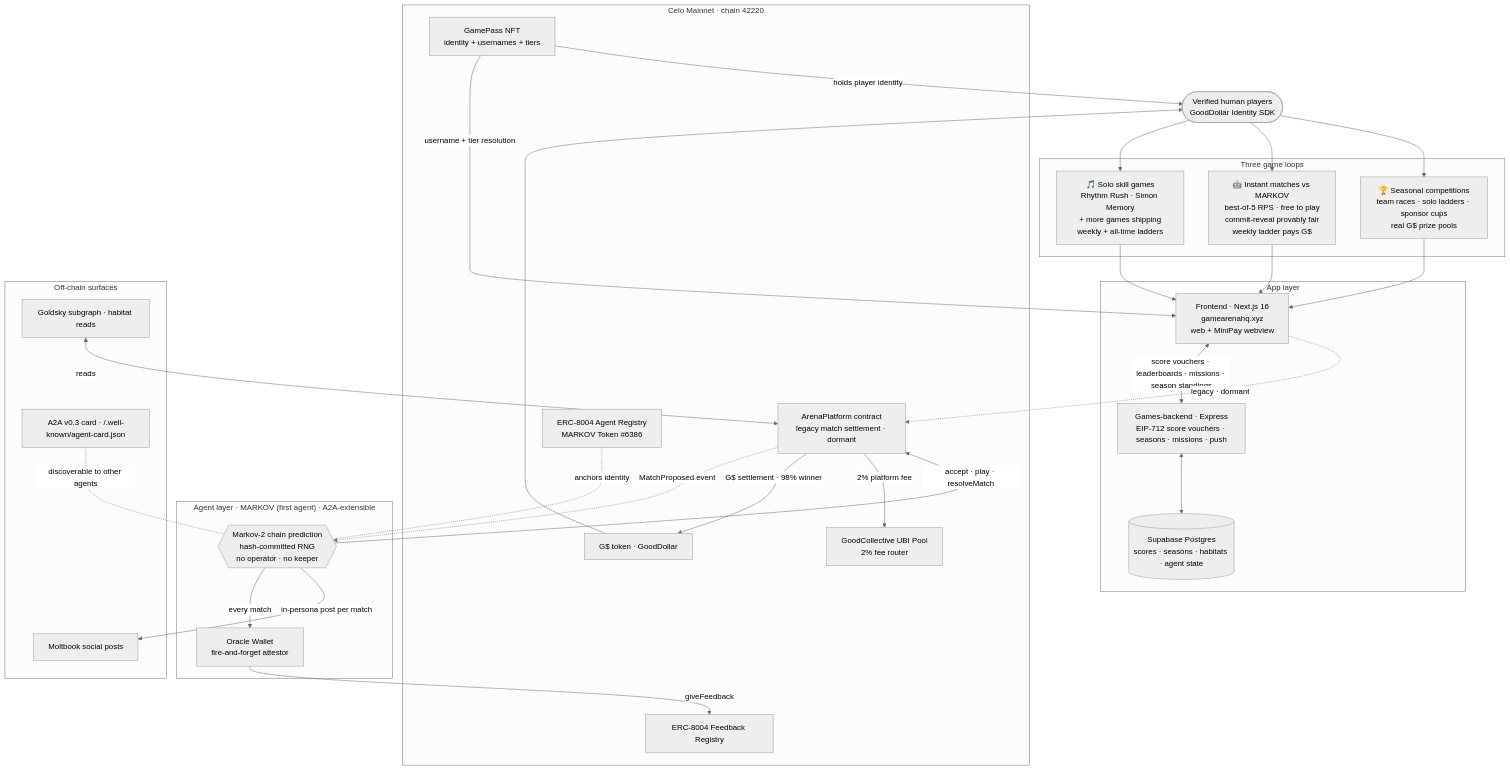
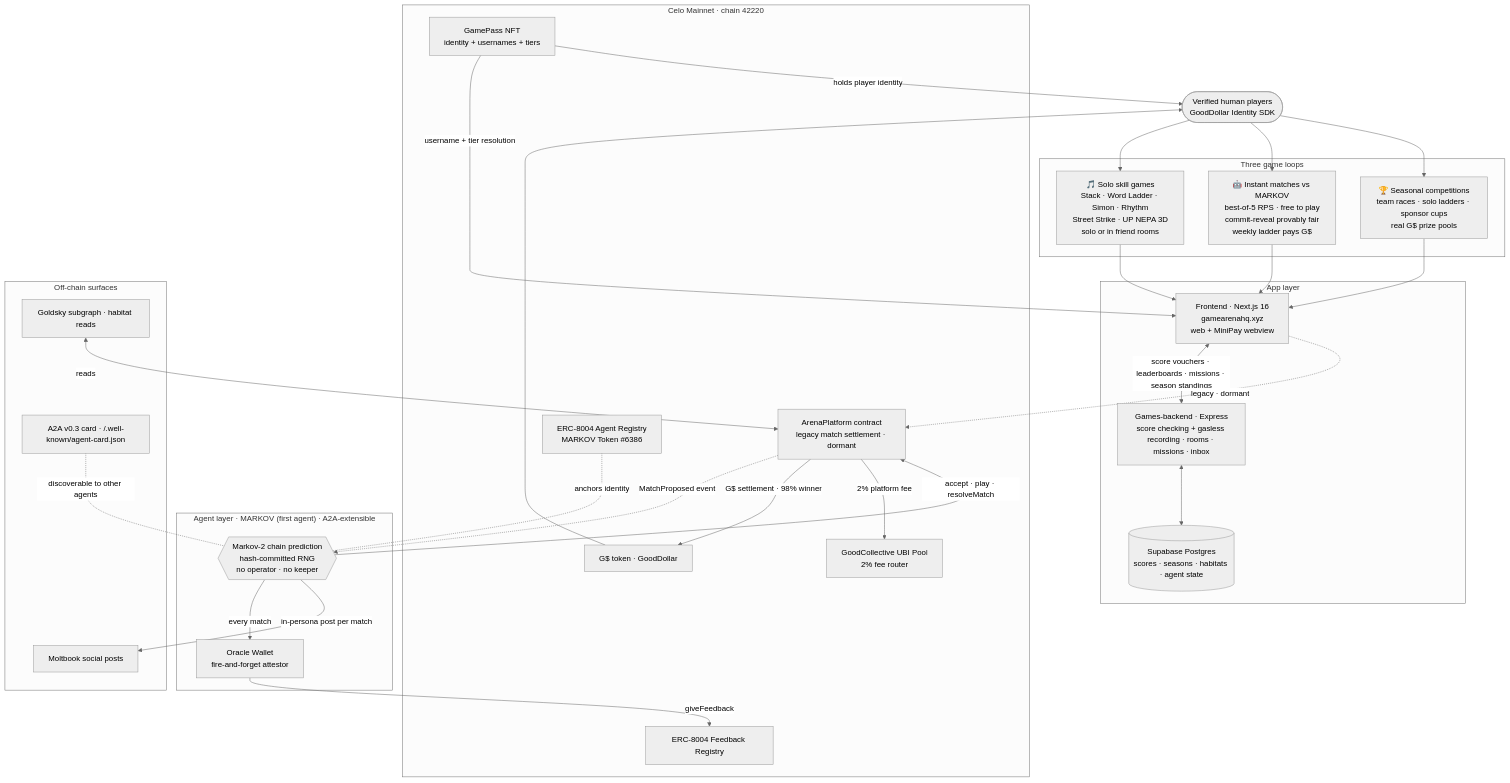
One commit to HACK3R-CRYPTO/Gamerstew changed the first of 2 diagrams in README.md. Above: the diagram before and after it, drawn with Mermaid (neutral theme). The commit also changed other lines of this file and 6 other files, not shown here.

````diff
--- a/README.md
+++ b/README.md
@@ -83,63 +86,63 @@
 ```mermaid
 flowchart TB
     P([Verified human players<br/>GoodDollar Identity SDK])
 
     subgraph LOOPS["Three game loops"]
-        SKILL[🎵 Solo skill games<br/>Rhythm Rush · Simon Memory<br/>+ more games shipping<br/>weekly + all-time ladders]
+        SKILL[🎵 Solo skill games<br/>Stack · Word Ladder · Simon · Rhythm<br/>Street Strike · UP NEPA 3D<br/>solo or in friend rooms]
         AGENTWAGER[🤖 Instant matches vs MARKOV<br/>best-of-5 RPS · free to play<br/>commit-reveal provably fair<br/>weekly ladder pays G$]
         SEASONS[🏆 Seasonal competitions<br/>team races · solo ladders · sponsor cups<br/>real G$ prize pools]
     end
 
     subgraph APP["App layer"]
         FE[Frontend · Next.js 16<br/>gamearenahq.xyz<br/>web + MiniPay webview]
-        BE[Games-backend · Express<br/>EIP-712 score vouchers · seasons · missions · push]
+        BE[Games-backend · Express<br/>score checking + gasless recording · rooms · missions · inbox]
         DB[(Supabase Postgres<br/>scores · seasons · habitats · agent state)]
     end
 
     subgraph CHAIN["Celo Mainnet · chain 42220"]
         AP[ArenaPlatform contract<br/>legacy match settlement · dormant]
         GP[GamePass NFT<br/>identity + usernames + tiers]
         GD[G$ token · GoodDollar]
         UBI[GoodCollective UBI Pool<br/>2% fee router]
         REG[ERC-8004 Agent Registry<br/>MARKOV Token #6386]
         FB[ERC-8004 Feedback Registry]
     end
 
     subgraph AGENT["Agent layer · MARKOV (first agent) · A2A-extensible"]
         M{{Markov-2 chain prediction<br/>hash-committed RNG<br/>no operator · no keeper}}
         OR[Oracle Wallet<br/>fire-and-forget attestor]
     end
 
     subgraph EXT["Off-chain surfaces"]
         MB[Moltbook social posts]
         A2A[A2A v0.3 card · /.well-known/agent-card.json]
         GK[Goldsky subgraph · habitat reads]
     end
 
     P --> SKILL
     P --> AGENTWAGER
     P --> SEASONS
 
     SKILL --> FE
     AGENTWAGER --> FE
     SEASONS --> FE
 
     FE <-->|score vouchers · leaderboards · missions · season standings| BE
     BE <--> DB
     FE -.legacy · dormant.-> AP
     GP -->|username + tier resolution| FE
     GP -->|holds player identity| P
 
     AP -.MatchProposed event.-> M
     M -->|accept · play · resolveMatch| AP
     AP -->|G$ settlement · 98% winner| GD
     AP -->|2% platform fee| UBI
     GD --> P
 
     M -->|every match| OR
     OR -->|giveFeedback| FB
     M -->|in-persona post per match| MB
     REG -.anchors identity.- M
     A2A -.discoverable to other agents.- M
     GK <-->|reads| AP
 ```
````
